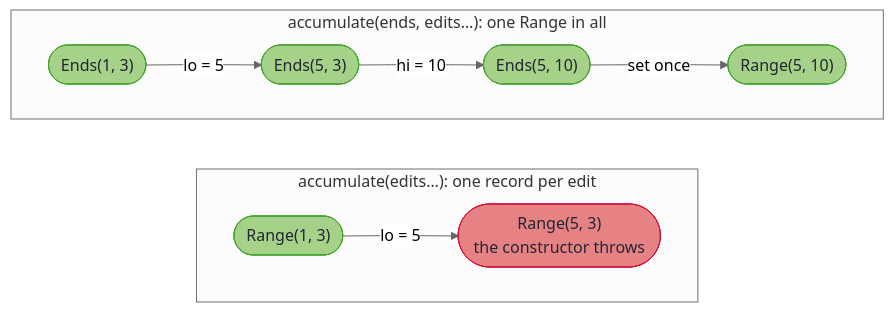
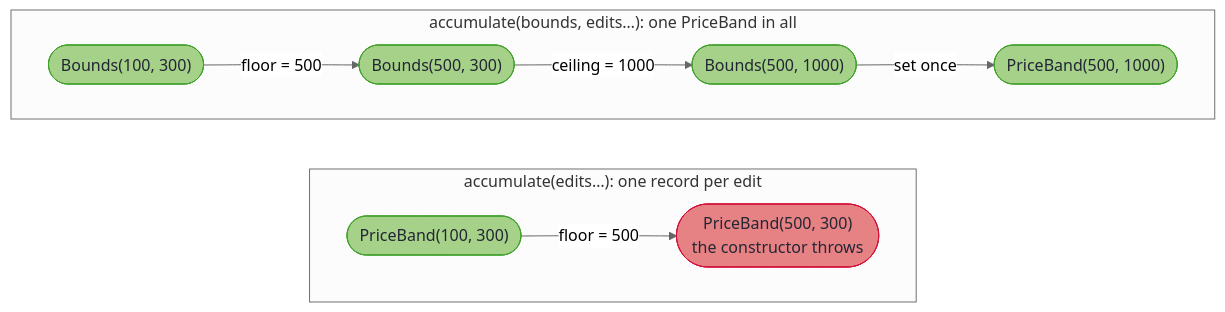
Before and after one commit to higher-kinded-j/higher-kinded-j: the fourth of 4 diagrams in hkj-book/src/optics/multi_edit.md, drawn with Mermaid (neutral theme). The commit also changed other lines of this file and 45 other files, not shown here.

````diff
--- a/hkj-book/src/optics/multi_edit.md
+++ b/hkj-book/src/optics/multi_edit.md
@@ -195,18 +193,18 @@
 ```mermaid
 flowchart LR
     accTitle: One record per edit, or one record in all
-    accDescr: With plain accumulate, setting lo to 5 on Range(1, 3) builds Range(5, 3), which the constructor refuses. With accumulate onto the Ends focus, lo and hi are written onto Ends(1, 3) in turn, giving Ends(5, 10), and the lens sets it back once as Range(5, 10).
+    accDescr: With plain accumulate, setting the floor to 500 on PriceBand(100, 300) builds PriceBand(500, 300), which the constructor refuses. With accumulate onto the Bounds focus, the floor and ceiling are written onto Bounds(100, 300) in turn, giving Bounds(500, 1000), and the lens sets it back once as PriceBand(500, 1000).
     subgraph each["accumulate(edits…): one record per edit"]
         direction LR
-        A1(["Range(1, 3)"]) -->|"lo = 5"| A2(["Range(5, 3)<br/>the constructor throws"])
+        A1(["PriceBand(100, 300)"]) -->|"floor = 500"| A2(["PriceBand(500, 300)<br/>the constructor throws"])
     end
-    subgraph once["accumulate(ends, edits…): one Range in all"]
+    subgraph once["accumulate(bounds, edits…): one PriceBand in all"]
         direction LR
-        B1(["Ends(1, 3)"]) -->|"lo = 5"| B2(["Ends(5, 3)"]) -->|"hi = 10"| B3(["Ends(5, 10)"]) -->|"set once"| B4(["Range(5, 10)"])
+        B1(["Bounds(100, 300)"]) -->|"floor = 500"| B2(["Bounds(500, 300)"]) -->|"ceiling = 1000"| B3(["Bounds(500, 1000)"]) -->|"set once"| B4(["PriceBand(500, 1000)"])
     end
 
     classDef tier fill:#a6d189,stroke:#40a02b,color:#232634
     classDef bad fill:#e78284,stroke:#d20f39,color:#232634
     class A1,B1,B2,B3,B4 tier
     class A2 bad
 ```
````
